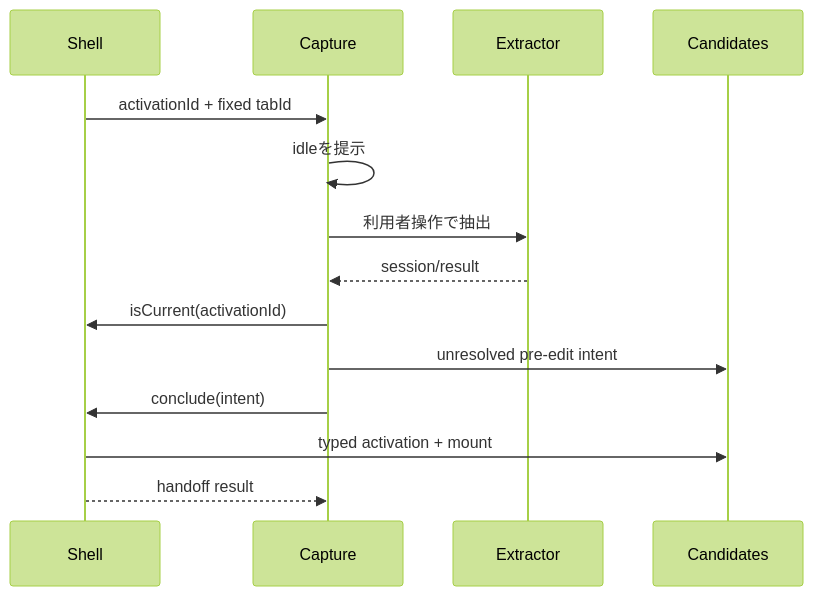
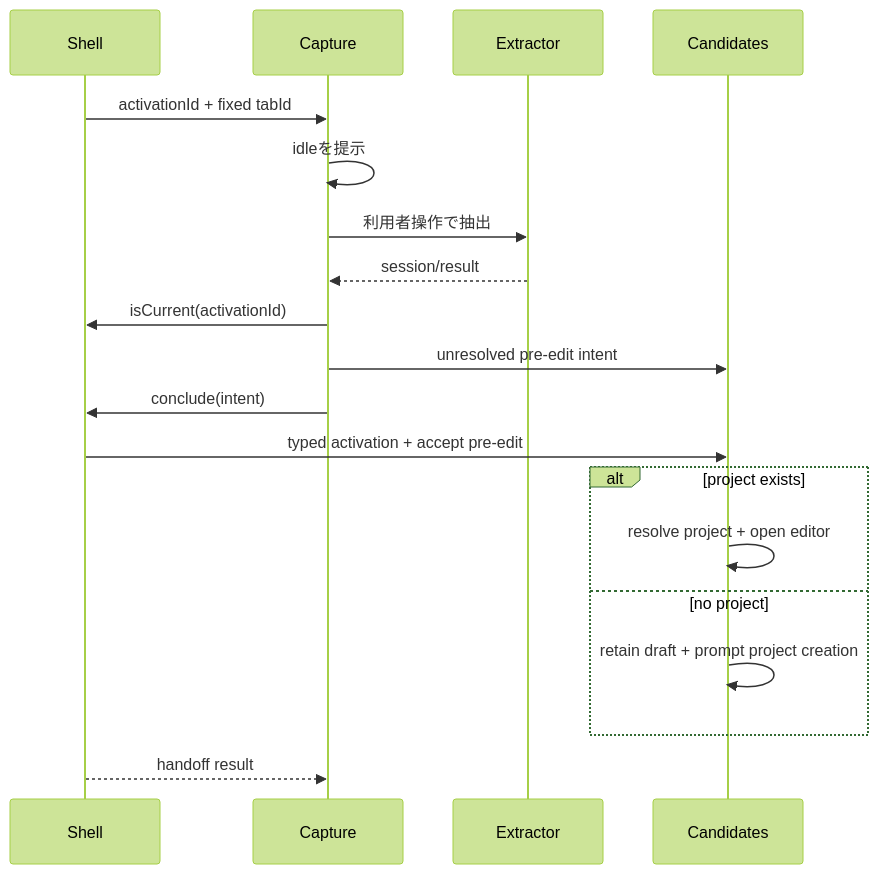
One commit to Huruikagi/pc-build-planner changed the diagram in .kiro/specs/product-capture-transient-migration/design.md. Above: the diagram before and after it, drawn with Mermaid (forest theme). The commit also changed other lines of this file and 3 other files, not shown here.

````diff
--- a/.kiro/specs/product-capture-transient-migration/design.md
+++ b/.kiro/specs/product-capture-transient-migration/design.md
@@ -58,17 +89,22 @@
 ```mermaid
 sequenceDiagram
     participant Shell
     participant Capture
     participant Extractor
     participant Candidates
 
     Shell->>Capture: activationId + fixed tabId
     Capture->>Capture: idleを提示
     Capture->>Extractor: 利用者操作で抽出
     Extractor-->>Capture: session/result
     Capture->>Shell: isCurrent(activationId)
     Capture->>Candidates: unresolved pre-edit intent
     Capture->>Shell: conclude(intent)
-    Shell->>Candidates: typed activation + mount
+    Shell->>Candidates: typed activation + accept pre-edit
+    alt project exists
+        Candidates->>Candidates: resolve project + open editor
+    else no project
+        Candidates->>Candidates: retain draft + prompt project creation
+    end
     Shell-->>Capture: handoff result
 ```
````
